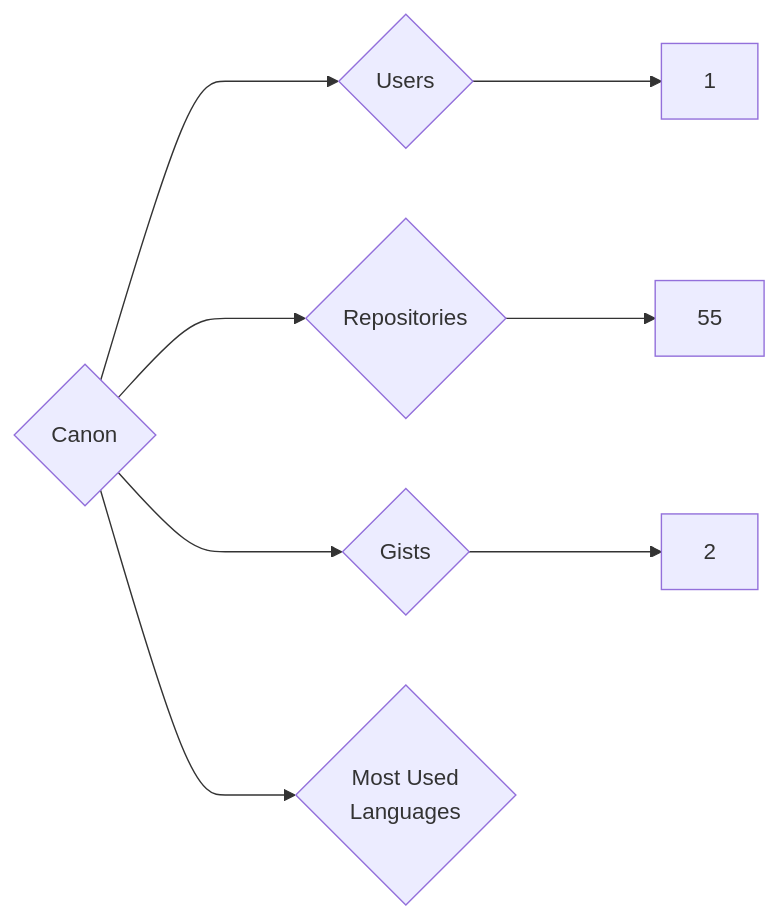
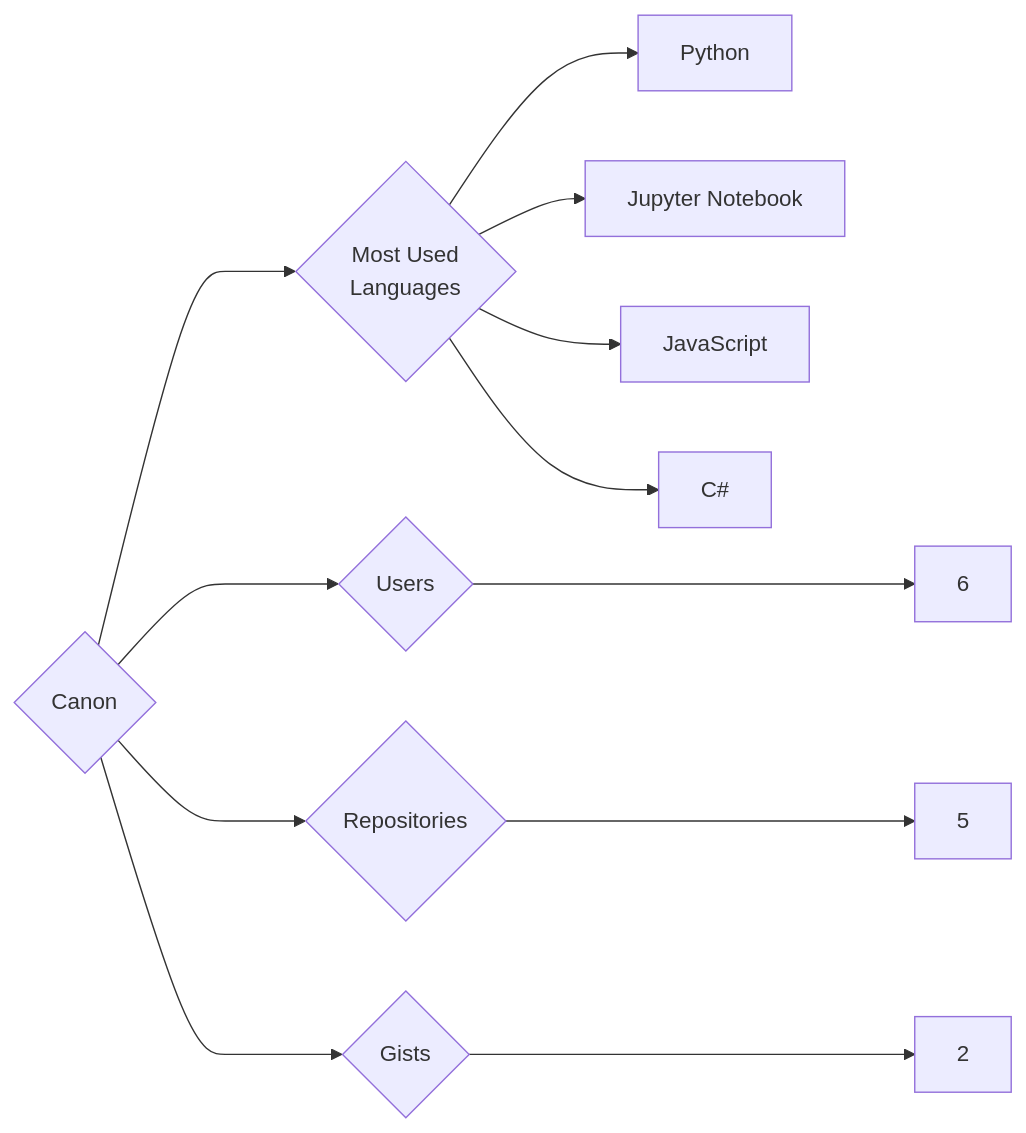
One commit to trickest/insiders changed the diagram in targets/Canon/README.md. Above: the diagram before and after it, drawn with Mermaid. The commit also changed 1314 other files, not shown here.

````diff
--- a/targets/Canon/README.md
+++ b/targets/Canon/README.md
@@ -3,8 +3,12 @@
 ```mermaid
 graph LR
 COMPANY_NAME{Canon}
-COMPANY_NAME ---> U{Users} ---> UN[1]
-COMPANY_NAME ---> R{Repositories} ---> RN[55]
+COMPANY_NAME ---> U{Users} ---> UN[6]
+COMPANY_NAME ---> R{Repositories} ---> RN[5]
 COMPANY_NAME ---> G{Gists} ---> GN[2]
 COMPANY_NAME ---> ML{Most Used<br>Languages}
+ML --> Python[Python]
+ML --> Jupyter_Notebook[Jupyter Notebook]
+ML --> JavaScript[JavaScript]
+ML --> C#[C#]
 ```
````
